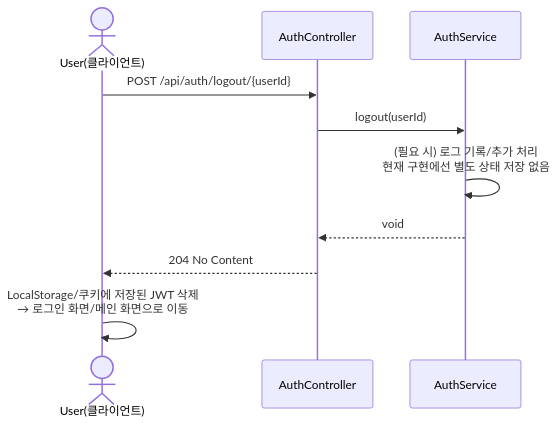
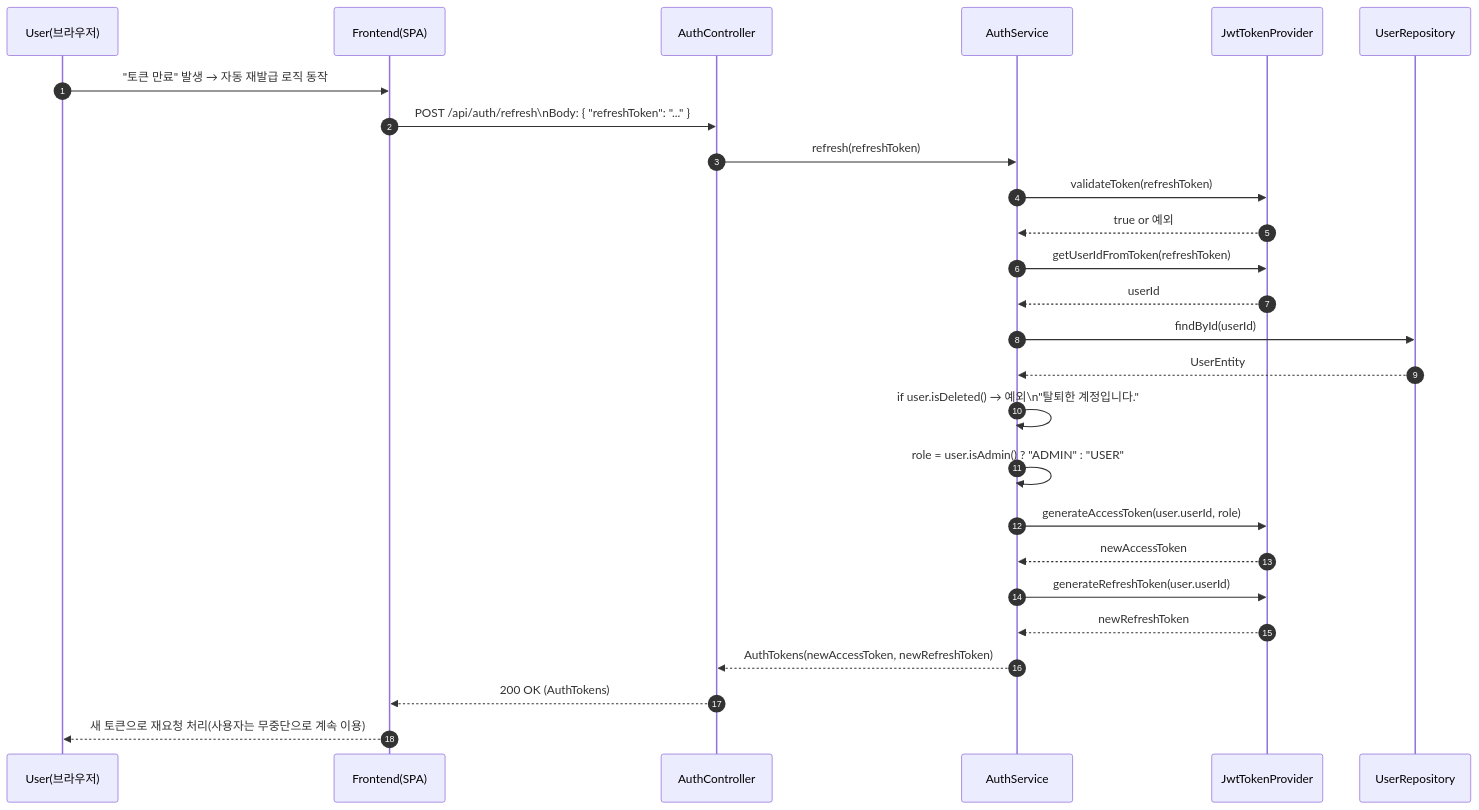
One commit to OHWCH/se_dev changed the eighth of 44 diagrams in SDS_[깃라잡이].md. Above: the diagram before and after it, drawn with Mermaid. The commit also changed other lines of this file, not shown here.

````diff
--- a/SDS_[깃라잡이].md
+++ b/SDS_[깃라잡이].md
@@ -4899,18 +4833,39 @@
 ```mermaid
 sequenceDiagram
-    actor U as User(클라이언트)
+    autonumber
+    participant U as User(브라우저)
+    participant FE as Frontend(SPA)
     participant AC as AuthController
     participant AS as AuthService
+    participant JTP as JwtTokenProvider
+    participant UR as UserRepository
 
-    U->>AC: POST /api/auth/logout/{userId}
-    AC->>AS: logout(userId)
+    U->>FE: "토큰 만료" 발생 → 자동 재발급 로직 동작
+    FE->>AC: POST /api/auth/refresh\nBody: { "refreshToken": "..." }
 
-    AS->>AS: (필요 시) 로그 기록/추가 처리<br/>현재 구현에선 별도 상태 저장 없음
-    AS-->>AC: void
-    AC-->>U: 204 No Content
+    AC->>AS: refresh(refreshToken)
 
-    U->>U: LocalStorage/쿠키에 저장된 JWT 삭제<br/>→ 로그인 화면/메인 화면으로 이동
+    AS->>JTP: validateToken(refreshToken)
+    JTP-->>AS: true or 예외
 
+    AS->>JTP: getUserIdFromToken(refreshToken)
+    JTP-->>AS: userId
+
+    AS->>UR: findById(userId)
+    UR-->>AS: UserEntity
+
+    AS->>AS: if user.isDeleted() → 예외\n"탈퇴한 계정입니다."
+
+    AS->>AS: role = user.isAdmin() ? "ADMIN" : "USER"
+
+    AS->>JTP: generateAccessToken(user.userId, role)
+    JTP-->>AS: newAccessToken
+    AS->>JTP: generateRefreshToken(user.userId)
+    JTP-->>AS: newRefreshToken
+
+    AS-->>AC: AuthTokens(newAccessToken, newRefreshToken)
+    AC-->>FE: 200 OK (AuthTokens)
+    FE-->>U: 새 토큰으로 재요청 처리(사용자는 무중단으로 계속 이용)
 
 
 ```
````
